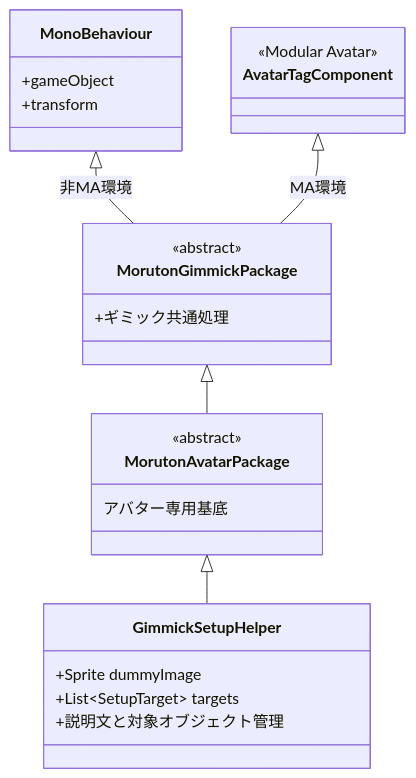
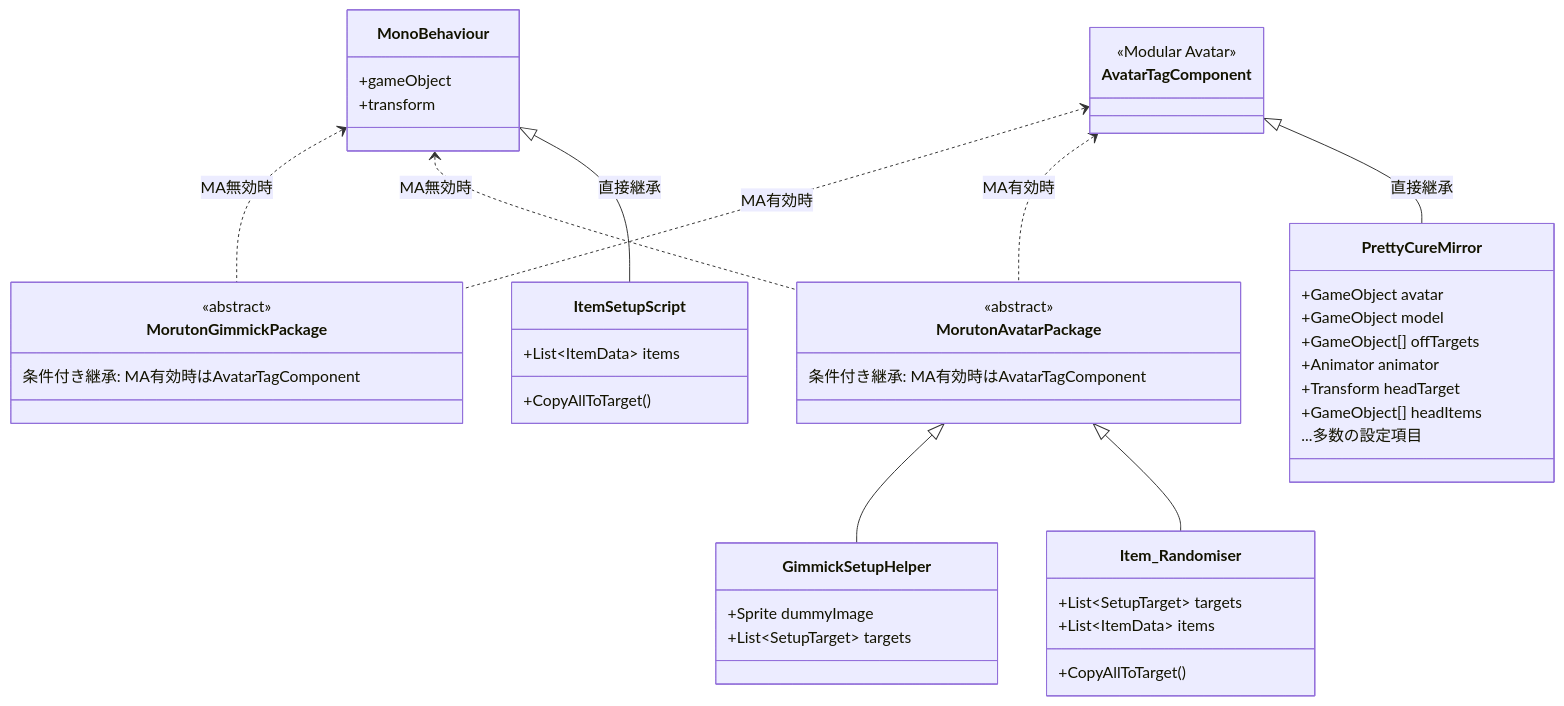
One commit to moruton1119/com.moruton.gimmicks changed the second of 7 diagrams in Documentation/Architecture.md. Above: the diagram before and after it, drawn with Mermaid. The commit also changed other lines of this file and 2 other files, not shown here.

````diff
--- a/Documentation/Architecture.md
+++ b/Documentation/Architecture.md
@@ -47,32 +48,57 @@
 ```mermaid
 classDiagram
     class MonoBehaviour {
         +gameObject
         +transform
     }
     
     class AvatarTagComponent {
         <<Modular Avatar>>
     }
     
     class MorutonGimmickPackage {
         <<abstract>>
-        +ギミック共通処理
+        条件付き継承: MA有効時はAvatarTagComponent
     }
     
     class MorutonAvatarPackage {
         <<abstract>>
-        アバター専用基底
+        条件付き継承: MA有効時はAvatarTagComponent
     }
     
     class GimmickSetupHelper {
         +Sprite dummyImage
         +List~SetupTarget~ targets
-        +説明文と対象オブジェクト管理
     }
     
-    MonoBehaviour <|-- MorutonGimmickPackage : 非MA環境
-    AvatarTagComponent <|-- MorutonGimmickPackage : MA環境
-    MorutonGimmickPackage <|-- MorutonAvatarPackage
+    class PrettyCureMirror {
+        +GameObject avatar
+        +GameObject model
+        +GameObject[] offTargets
+        +Animator animator
+        +Transform headTarget
+        +GameObject[] headItems
+        ...多数の設定項目
+    }
+    
+    class Item_Randomiser {
+        +List~SetupTarget~ targets
+        +List~ItemData~ items
+        +CopyAllToTarget()
+    }
+    
+    class ItemSetupScript {
+        +List~ItemData~ items
+        +CopyAllToTarget()
+    }
+    
+    MonoBehaviour <.. MorutonGimmickPackage : MA無効時
+    AvatarTagComponent <.. MorutonGimmickPackage : MA有効時
+    MonoBehaviour <.. MorutonAvatarPackage : MA無効時
+    AvatarTagComponent <.. MorutonAvatarPackage : MA有効時
+    
     MorutonAvatarPackage <|-- GimmickSetupHelper
+    AvatarTagComponent <|-- PrettyCureMirror : 直接継承
+    MorutonAvatarPackage <|-- Item_Randomiser
+    MonoBehaviour <|-- ItemSetupScript : 直接継承
 ```
````
